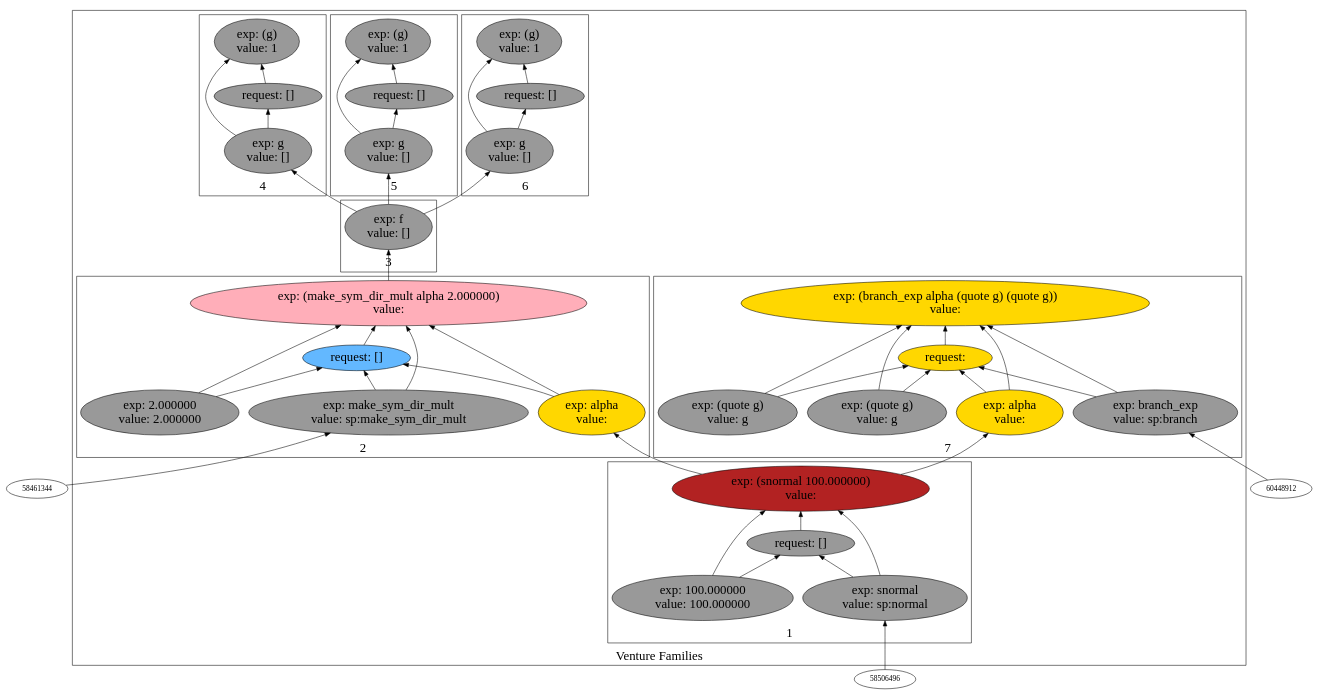
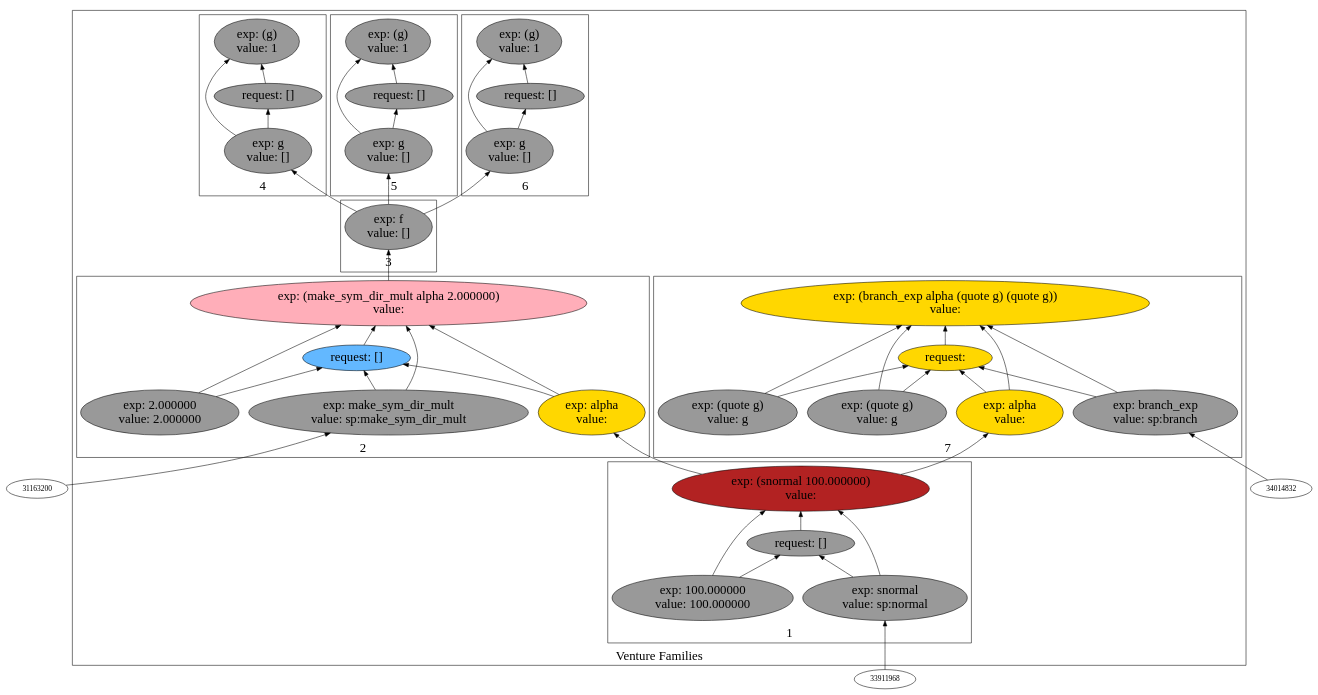
Before and after one commit to probcomp/Venturecxx: the diagram in backend/cxx/graphs/aaa_challenge_with_aaa/dot7.dot, drawn with Graphviz. The commit also changed 303 other files, not shown here.

Commit message:
Added a script to generate schematics

```diff
--- a/backend/cxx/graphs/aaa_challenge_with_aaa/dot7.dot
+++ b/backend/cxx/graphs/aaa_challenge_with_aaa/dot7.dot
@@ -5,97 +5,97 @@
 label="Venture Families"
 subgraph cluster2 {
 label="1"
-"53085776"["fillcolor"="firebrick" "fontsize"="24" "label"="exp: (snormal 100.000000)\nvalue: " "shape"="ellipse" "style"="filled" ]
-"54608032"["fillcolor"="grey60" "fontsize"="24" "label"="request: []" "shape"="ellipse" "style"="filled" ]
-"53080768"["fillcolor"="grey60" "fontsize"="24" "label"="exp: snormal\nvalue: sp:normal" "shape"="ellipse" "style"="filled" ]
-"55036928"["fillcolor"="grey60" "fontsize"="24" "label"="exp: 100.000000\nvalue: 100.000000" "shape"="ellipse" "style"="filled" ]
+"28401456"["fillcolor"="firebrick" "fontsize"="24" "label"="exp: (snormal 100.000000)\nvalue: " "shape"="ellipse" "style"="filled" ]
+"32595744"["fillcolor"="grey60" "fontsize"="24" "label"="request: []" "shape"="ellipse" "style"="filled" ]
+"31197024"["fillcolor"="grey60" "fontsize"="24" "label"="exp: snormal\nvalue: sp:normal" "shape"="ellipse" "style"="filled" ]
+"33146560"["fillcolor"="grey60" "fontsize"="24" "label"="exp: 100.000000\nvalue: 100.000000" "shape"="ellipse" "style"="filled" ]
 }
 
 subgraph cluster3 {
 label="2"
-"50481568"["fillcolor"="lightpink1" "fontsize"="24" "label"="exp: (make_sym_dir_mult alpha 2.000000)\nvalue: " "shape"="ellipse" "style"="filled" ]
-"48783584"["fillcolor"="steelblue1" "fontsize"="24" "label"="request: []" "shape"="ellipse" "style"="filled" ]
-"53080080"["fillcolor"="grey60" "fontsize"="24" "label"="exp: make_sym_dir_mult\nvalue: sp:make_sym_dir_mult" "shape"="ellipse" "style"="filled" ]
-"53215552"["fillcolor"="gold" "fontsize"="24" "label"="exp: alpha\nvalue: " "shape"="ellipse" "style"="filled" ]
-"57253040"["fillcolor"="grey60" "fontsize"="24" "label"="exp: 2.000000\nvalue: 2.000000" "shape"="ellipse" "style"="filled" ]
+"26832768"["fillcolor"="lightpink1" "fontsize"="24" "label"="exp: (make_sym_dir_mult alpha 2.000000)\nvalue: " "shape"="ellipse" "style"="filled" ]
+"31366272"["fillcolor"="steelblue1" "fontsize"="24" "label"="request: []" "shape"="ellipse" "style"="filled" ]
+"32104320"["fillcolor"="grey60" "fontsize"="24" "label"="exp: make_sym_dir_mult\nvalue: sp:make_sym_dir_mult" "shape"="ellipse" "style"="filled" ]
+"26343136"["fillcolor"="gold" "fontsize"="24" "label"="exp: alpha\nvalue: " "shape"="ellipse" "style"="filled" ]
+"26820352"["fillcolor"="grey60" "fontsize"="24" "label"="exp: 2.000000\nvalue: 2.000000" "shape"="ellipse" "style"="filled" ]
 }
 
 subgraph cluster4 {
 label="3"
-"53333456"["fillcolor"="grey60" "fontsize"="24" "label"="exp: f\nvalue: []" "shape"="ellipse" "style"="filled" ]
+"25906208"["fillcolor"="grey60" "fontsize"="24" "label"="exp: f\nvalue: []" "shape"="ellipse" "style"="filled" ]
 }
 
 subgraph cluster5 {
 label="4"
-"52397680"["fillcolor"="grey60" "fontsize"="24" "label"="exp: (g)\nvalue: 1" "shape"="ellipse" "style"="filled" ]
-"50247536"["fillcolor"="grey60" "fontsize"="24" "label"="request: []" "shape"="ellipse" "style"="filled" ]
-"53345520"["fillcolor"="grey60" "fontsize"="24" "label"="exp: g\nvalue: []" "shape"="ellipse" "style"="filled" ]
+"26078976"["fillcolor"="grey60" "fontsize"="24" "label"="exp: (g)\nvalue: 1" "shape"="ellipse" "style"="filled" ]
+"27825008"["fillcolor"="grey60" "fontsize"="24" "label"="request: []" "shape"="ellipse" "style"="filled" ]
+"26358576"["fillcolor"="grey60" "fontsize"="24" "label"="exp: g\nvalue: []" "shape"="ellipse" "style"="filled" ]
 }
 
 subgraph cluster6 {
 label="5"
-"53331296"["fillcolor"="grey60" "fontsize"="24" "label"="exp: (g)\nvalue: 1" "shape"="ellipse" "style"="filled" ]
-"52407360"["fillcolor"="grey60" "fontsize"="24" "label"="request: []" "shape"="ellipse" "style"="filled" ]
-"52681840"["fillcolor"="grey60" "fontsize"="24" "label"="exp: g\nvalue: []" "shape"="ellipse" "style"="filled" ]
+"28485744"["fillcolor"="grey60" "fontsize"="24" "label"="exp: (g)\nvalue: 1" "shape"="ellipse" "style"="filled" ]
+"26830576"["fillcolor"="grey60" "fontsize"="24" "label"="request: []" "shape"="ellipse" "style"="filled" ]
+"26620336"["fillcolor"="grey60" "fontsize"="24" "label"="exp: g\nvalue: []" "shape"="ellipse" "style"="filled" ]
 }
 
 subgraph cluster7 {
 label="6"
-"61957568"["fillcolor"="grey60" "fontsize"="24" "label"="exp: (g)\nvalue: 1" "shape"="ellipse" "style"="filled" ]
-"58849760"["fillcolor"="grey60" "fontsize"="24" "label"="request: []" "shape"="ellipse" "style"="filled" ]
-"62278848"["fillcolor"="grey60" "fontsize"="24" "label"="exp: g\nvalue: []" "shape"="ellipse" "style"="filled" ]
+"29399760"["fillcolor"="grey60" "fontsize"="24" "label"="exp: (g)\nvalue: 1" "shape"="ellipse" "style"="filled" ]
+"27353328"["fillcolor"="grey60" "fontsize"="24" "label"="request: []" "shape"="ellipse" "style"="filled" ]
+"28957120"["fillcolor"="grey60" "fontsize"="24" "label"="exp: g\nvalue: []" "shape"="ellipse" "style"="filled" ]
 }
 
 subgraph cluster8 {
 label="7"
-"57660304"["fillcolor"="gold" "fontsize"="24" "label"="exp: (branch_exp alpha (quote g) (quote g))\nvalue: " "shape"="ellipse" "style"="filled" ]
-"58697200"["fillcolor"="gold" "fontsize"="24" "label"="request: " "shape"="ellipse" "style"="filled" ]
-"48822112"["fillcolor"="grey60" "fontsize"="24" "label"="exp: branch_exp\nvalue: sp:branch" "shape"="ellipse" "style"="filled" ]
-"48824832"["fillcolor"="gold" "fontsize"="24" "label"="exp: alpha\nvalue: " "shape"="ellipse" "style"="filled" ]
-"50794448"["fillcolor"="grey60" "fontsize"="24" "label"="exp: (quote g)\nvalue: g" "shape"="ellipse" "style"="filled" ]
-"50331552"["fillcolor"="grey60" "fontsize"="24" "label"="exp: (quote g)\nvalue: g" "shape"="ellipse" "style"="filled" ]
+"29327632"["fillcolor"="gold" "fontsize"="24" "label"="exp: (branch_exp alpha (quote g) (quote g))\nvalue: " "shape"="ellipse" "style"="filled" ]
+"25977504"["fillcolor"="gold" "fontsize"="24" "label"="request: " "shape"="ellipse" "style"="filled" ]
+"29359040"["fillcolor"="grey60" "fontsize"="24" "label"="exp: branch_exp\nvalue: sp:branch" "shape"="ellipse" "style"="filled" ]
+"30137280"["fillcolor"="gold" "fontsize"="24" "label"="exp: alpha\nvalue: " "shape"="ellipse" "style"="filled" ]
+"30136448"["fillcolor"="grey60" "fontsize"="24" "label"="exp: (quote g)\nvalue: g" "shape"="ellipse" "style"="filled" ]
+"31805840"["fillcolor"="grey60" "fontsize"="24" "label"="exp: (quote g)\nvalue: g" "shape"="ellipse" "style"="filled" ]
 }
 
 }
 
-"53080080" -> "50481568"["arrowhead"="normal" "color"="black" "constraint"="true" "style"="solid" ]
-"53080080" -> "48783584"["arrowhead"="normal" "color"="black" "constraint"="true" "style"="solid" ]
-"58461344" -> "53080080"["arrowhead"="normal" "color"="black" "constraint"="true" "style"="solid" ]
-"53215552" -> "50481568"["arrowhead"="normal" "color"="black" "constraint"="true" "style"="solid" ]
-"53215552" -> "48783584"["arrowhead"="normal" "color"="black" "constraint"="true" "style"="solid" ]
-"53085776" -> "53215552"["arrowhead"="normal" "color"="black" "constraint"="true" "style"="solid" ]
-"57253040" -> "50481568"["arrowhead"="normal" "color"="black" "constraint"="true" "style"="solid" ]
-"57253040" -> "48783584"["arrowhead"="normal" "color"="black" "constraint"="true" "style"="solid" ]
-"48783584" -> "50481568"["arrowhead"="normal" "color"="black" "constraint"="true" "style"="solid" ]
-"53345520" -> "52397680"["arrowhead"="normal" "color"="black" "constraint"="true" "style"="solid" ]
-"53345520" -> "50247536"["arrowhead"="normal" "color"="black" "constraint"="true" "style"="solid" ]
-"53333456" -> "53345520"["arrowhead"="normal" "color"="black" "constraint"="true" "style"="solid" ]
-"50247536" -> "52397680"["arrowhead"="normal" "color"="black" "constraint"="true" "style"="solid" ]
-"53080768" -> "53085776"["arrowhead"="normal" "color"="black" "constraint"="true" "style"="solid" ]
-"53080768" -> "54608032"["arrowhead"="normal" "color"="black" "constraint"="true" "style"="solid" ]
-"58506496" -> "53080768"["arrowhead"="normal" "color"="black" "constraint"="true" "style"="solid" ]
-"55036928" -> "53085776"["arrowhead"="normal" "color"="black" "constraint"="true" "style"="solid" ]
-"55036928" -> "54608032"["arrowhead"="normal" "color"="black" "constraint"="true" "style"="solid" ]
-"54608032" -> "53085776"["arrowhead"="normal" "color"="black" "constraint"="true" "style"="solid" ]
-"52681840" -> "53331296"["arrowhead"="normal" "color"="black" "constraint"="true" "style"="solid" ]
-"52681840" -> "52407360"["arrowhead"="normal" "color"="black" "constraint"="true" "style"="solid" ]
-"53333456" -> "52681840"["arrowhead"="normal" "color"="black" "constraint"="true" "style"="solid" ]
-"52407360" -> "53331296"["arrowhead"="normal" "color"="black" "constraint"="true" "style"="solid" ]
-"50481568" -> "53333456"["arrowhead"="normal" "color"="black" "constraint"="true" "style"="solid" ]
-"48822112" -> "57660304"["arrowhead"="normal" "color"="black" "constraint"="true" "style"="solid" ]
-"48822112" -> "58697200"["arrowhead"="normal" "color"="black" "constraint"="true" "style"="solid" ]
-"60448912" -> "48822112"["arrowhead"="normal" "color"="black" "constraint"="true" "style"="solid" ]
-"48824832" -> "57660304"["arrowhead"="normal" "color"="black" "constraint"="true" "style"="solid" ]
-"48824832" -> "58697200"["arrowhead"="normal" "color"="black" "constraint"="true" "style"="solid" ]
-"53085776" -> "48824832"["arrowhead"="normal" "color"="black" "constraint"="true" "style"="solid" ]
-"50794448" -> "57660304"["arrowhead"="normal" "color"="black" "constraint"="true" "style"="solid" ]
-"50794448" -> "58697200"["arrowhead"="normal" "color"="black" "constraint"="true" "style"="solid" ]
-"50331552" -> "57660304"["arrowhead"="normal" "color"="black" "constraint"="true" "style"="solid" ]
-"50331552" -> "58697200"["arrowhead"="normal" "color"="black" "constraint"="true" "style"="solid" ]
-"58697200" -> "57660304"["arrowhead"="normal" "color"="black" "constraint"="true" "style"="solid" ]
-"62278848" -> "61957568"["arrowhead"="normal" "color"="black" "constraint"="true" "style"="solid" ]
-"62278848" -> "58849760"["arrowhead"="normal" "color"="black" "constraint"="true" "style"="solid" ]
-"53333456" -> "62278848"["arrowhead"="normal" "color"="black" "constraint"="true" "style"="solid" ]
-"58849760" -> "61957568"["arrowhead"="normal" "color"="black" "constraint"="true" "style"="solid" ]
+"26832768" -> "25906208"["arrowhead"="normal" "color"="black" "constraint"="true" "style"="solid" ]
+"26358576" -> "26078976"["arrowhead"="normal" "color"="black" "constraint"="true" "style"="solid" ]
+"26358576" -> "27825008"["arrowhead"="normal" "color"="black" "constraint"="true" "style"="solid" ]
+"25906208" -> "26358576"["arrowhead"="normal" "color"="black" "constraint"="true" "style"="solid" ]
+"27825008" -> "26078976"["arrowhead"="normal" "color"="black" "constraint"="true" "style"="solid" ]
+"32104320" -> "26832768"["arrowhead"="normal" "color"="black" "constraint"="true" "style"="solid" ]
+"32104320" -> "31366272"["arrowhead"="normal" "color"="black" "constraint"="true" "style"="solid" ]
+"31163200" -> "32104320"["arrowhead"="normal" "color"="black" "constraint"="true" "style"="solid" ]
+"26343136" -> "26832768"["arrowhead"="normal" "color"="black" "constraint"="true" "style"="solid" ]
+"26343136" -> "31366272"["arrowhead"="normal" "color"="black" "constraint"="true" "style"="solid" ]
+"28401456" -> "26343136"["arrowhead"="normal" "color"="black" "constraint"="true" "style"="solid" ]
+"26820352" -> "26832768"["arrowhead"="normal" "color"="black" "constraint"="true" "style"="solid" ]
+"26820352" -> "31366272"["arrowhead"="normal" "color"="black" "constraint"="true" "style"="solid" ]
+"31366272" -> "26832768"["arrowhead"="normal" "color"="black" "constraint"="true" "style"="solid" ]
+"31197024" -> "28401456"["arrowhead"="normal" "color"="black" "constraint"="true" "style"="solid" ]
+"31197024" -> "32595744"["arrowhead"="normal" "color"="black" "constraint"="true" "style"="solid" ]
+"33911968" -> "31197024"["arrowhead"="normal" "color"="black" "constraint"="true" "style"="solid" ]
+"33146560" -> "28401456"["arrowhead"="normal" "color"="black" "constraint"="true" "style"="solid" ]
+"33146560" -> "32595744"["arrowhead"="normal" "color"="black" "constraint"="true" "style"="solid" ]
+"32595744" -> "28401456"["arrowhead"="normal" "color"="black" "constraint"="true" "style"="solid" ]
+"26620336" -> "28485744"["arrowhead"="normal" "color"="black" "constraint"="true" "style"="solid" ]
+"26620336" -> "26830576"["arrowhead"="normal" "color"="black" "constraint"="true" "style"="solid" ]
+"25906208" -> "26620336"["arrowhead"="normal" "color"="black" "constraint"="true" "style"="solid" ]
+"26830576" -> "28485744"["arrowhead"="normal" "color"="black" "constraint"="true" "style"="solid" ]
+"29359040" -> "29327632"["arrowhead"="normal" "color"="black" "constraint"="true" "style"="solid" ]
+"29359040" -> "25977504"["arrowhead"="normal" "color"="black" "constraint"="true" "style"="solid" ]
+"34014832" -> "29359040"["arrowhead"="normal" "color"="black" "constraint"="true" "style"="solid" ]
+"30137280" -> "29327632"["arrowhead"="normal" "color"="black" "constraint"="true" "style"="solid" ]
+"30137280" -> "25977504"["arrowhead"="normal" "color"="black" "constraint"="true" "style"="solid" ]
+"28401456" -> "30137280"["arrowhead"="normal" "color"="black" "constraint"="true" "style"="solid" ]
+"30136448" -> "29327632"["arrowhead"="normal" "color"="black" "constraint"="true" "style"="solid" ]
+"30136448" -> "25977504"["arrowhead"="normal" "color"="black" "constraint"="true" "style"="solid" ]
+"31805840" -> "29327632"["arrowhead"="normal" "color"="black" "constraint"="true" "style"="solid" ]
+"31805840" -> "25977504"["arrowhead"="normal" "color"="black" "constraint"="true" "style"="solid" ]
+"25977504" -> "29327632"["arrowhead"="normal" "color"="black" "constraint"="true" "style"="solid" ]
+"28957120" -> "29399760"["arrowhead"="normal" "color"="black" "constraint"="true" "style"="solid" ]
+"28957120" -> "27353328"["arrowhead"="normal" "color"="black" "constraint"="true" "style"="solid" ]
+"25906208" -> "28957120"["arrowhead"="normal" "color"="black" "constraint"="true" "style"="solid" ]
+"27353328" -> "29399760"["arrowhead"="normal" "color"="black" "constraint"="true" "style"="solid" ]
 
 }
```
